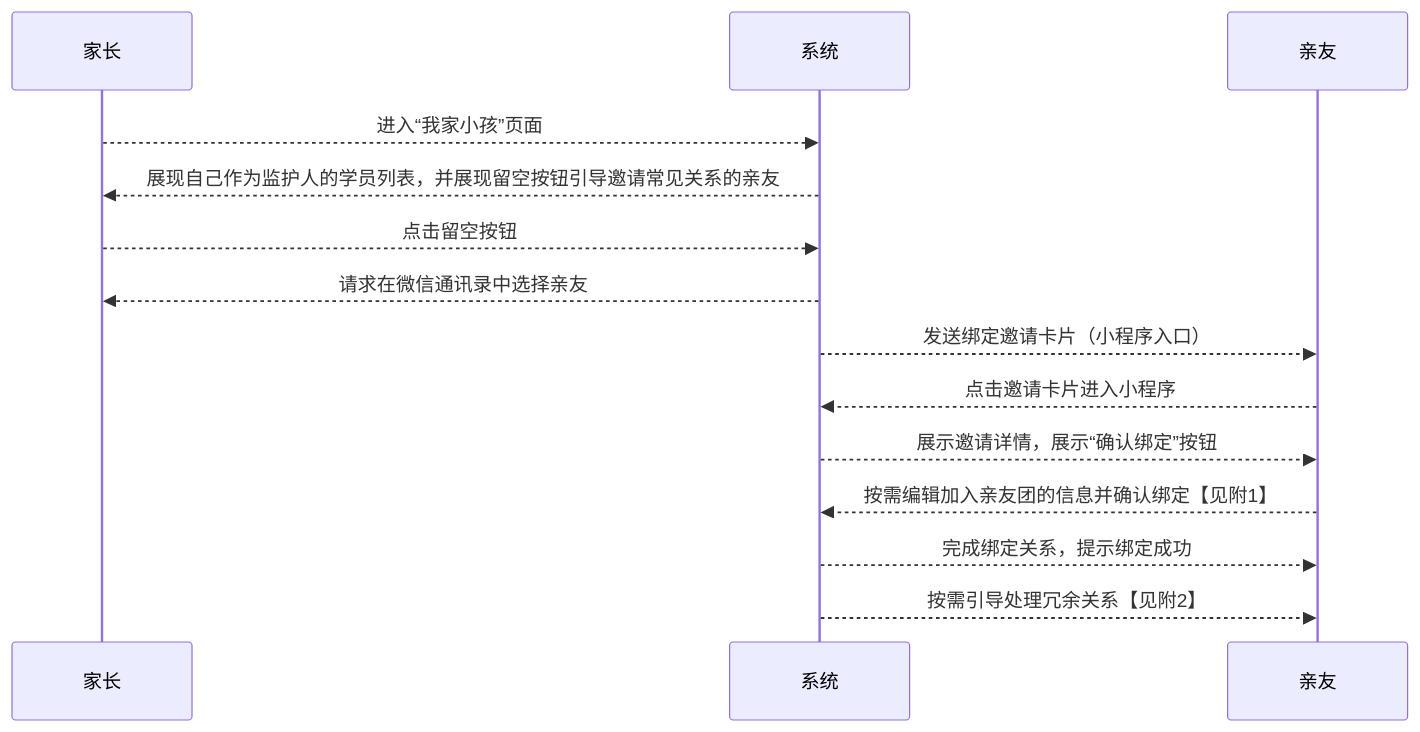
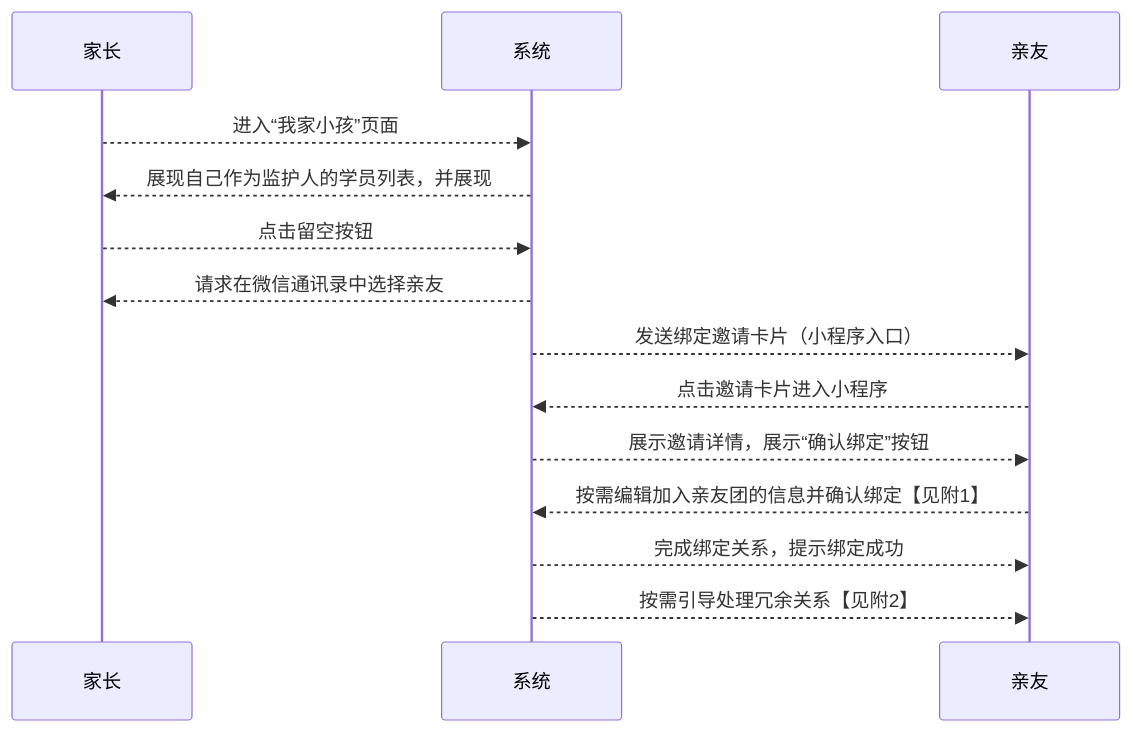
One commit to world-wide-web/sign changed the second of 2 diagrams in 用例/家长-学员关系绑定.md. Above: the diagram before and after it, drawn with Mermaid. The commit also changed other lines of this file, not shown here.

````diff
--- a/用例/家长-学员关系绑定.md
+++ b/用例/家长-学员关系绑定.md
@@ -41,24 +41,24 @@
 ```mermaid
 sequenceDiagram
 
 家长-->>系统: 进入“我家小孩”页面
 
-系统-->>家长: 展现自己作为监护人的学员列表，并展现留空按钮引导邀请常见关系的亲友
+系统-->>家长: 展现自己作为监护人的学员列表，并展现
 
 家长-->>系统: 点击留空按钮
 
 系统-->>家长: 请求在微信通讯录中选择亲友
 
 系统-->>亲友: 发送绑定邀请卡片（小程序入口）
 
 亲友-->>系统: 点击邀请卡片进入小程序
 
 系统-->>亲友: 展示邀请详情，展示“确认绑定”按钮
 
 亲友-->>系统: 按需编辑加入亲友团的信息并确认绑定【见附1】
 
 系统-->>亲友: 完成绑定关系，提示绑定成功
 
 系统-->>亲友: 按需引导处理冗余关系【见附2】
 
 ```
````
